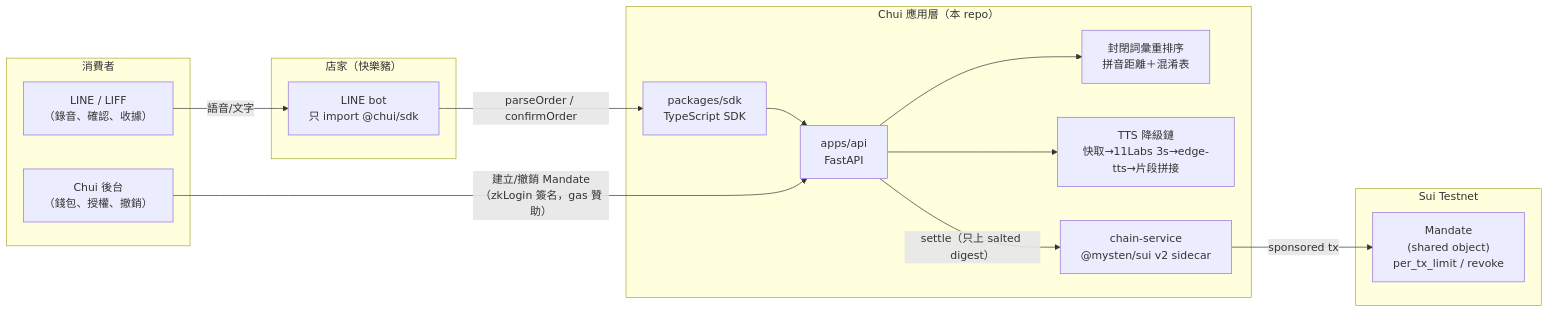
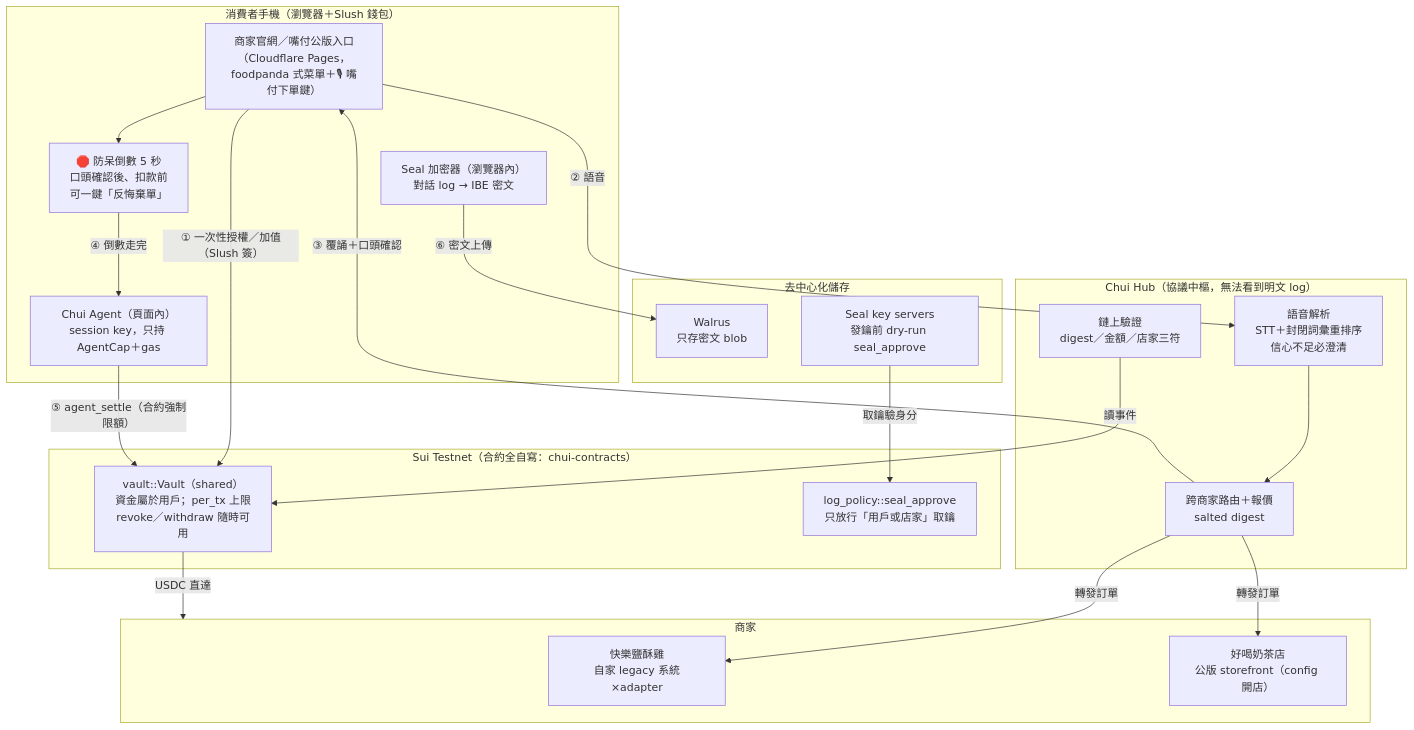
One commit to chuiprotocol/chui-app changed the diagram in README.md. Above: the diagram before and after it, drawn with Mermaid. The commit also changed other lines of this file and 29 other files, not shown here.

First line of the commit message:
防呆倒數棄單＋foodpanda 式 RWD 改版＋對話紀錄 Seal/Walrus 端對端加密

````diff
--- a/README.md
+++ b/README.md
@@ -60,26 +60,39 @@
 ```mermaid
-flowchart LR
-    subgraph consumer["消費者"]
-        LINE["LINE / LIFF<br/>（錄音、確認、收據）"]
-        CONSOLE["Chui 後台<br/>（錢包、授權、撤銷）"]
+flowchart TB
+    subgraph phone["消費者手機（瀏覽器＋Slush 錢包）"]
+        UI["商家官網／嘴付公版入口<br/>（Cloudflare Pages，foodpanda 式菜單＋🎙 嘴付下單鍵）"]
+        AGENT["Chui Agent（頁面內）<br/>session key，只持 AgentCap＋gas"]
+        REGRET["🛑 防呆倒數 5 秒<br/>口頭確認後、扣款前<br/>可一鍵「反悔棄單」"]
+        SEAL["Seal 加密器（瀏覽器內）<br/>對話 log → IBE 密文"]
     end
-    subgraph merchant["店家（快樂豬）"]
-        BOT["LINE bot<br/>只 import @chui/sdk"]
+    subgraph hub["Chui Hub（協議中樞，無法看到明文 log）"]
+        PARSE["語音解析<br/>STT＋封閉詞彙重排序<br/>信心不足必澄清"]
+        ROUTE["跨商家路由＋報價<br/>salted digest"]
+        VERIFY["鏈上驗證<br/>digest／金額／店家三符"]
     end
-    subgraph chui["Chui 應用層（本 repo）"]
-        SDK["packages/sdk<br/>TypeScript SDK"]
-        API["apps/api<br/>FastAPI"]
-        RERANK["封閉詞彙重排序<br/>拼音距離＋混淆表"]
-        TTS["TTS 降級鏈<br/>快取→11Labs 3s→edge-tts→片段拼接"]
-        CS["chain-service<br/>@mysten/sui v2 sidecar"]
+    subgraph merchants["商家"]
+        MA["快樂鹽酥雞<br/>自家 legacy 系統×adapter"]
+        MB["好喝奶茶店<br/>公版 storefront（config 開店）"]
     end
-    subgraph sui["Sui Testnet"]
-        MANDATE["Mandate<br/>(shared object)<br/>per_tx_limit / revoke"]
+    subgraph sui["Sui Testnet（合約全自寫：chui-contracts）"]
+        VAULT["vault::Vault（shared）<br/>資金屬於用戶；per_tx 上限<br/>revoke／withdraw 隨時可用"]
+        POLICY["log_policy::seal_approve<br/>只放行「用戶或店家」取鑰"]
     end
-    LINE -->|語音/文字| BOT
-    BOT -->|parseOrder / confirmOrder| SDK --> API
-    API --> RERANK
-    API --> TTS
-    API -->|settle（只上 salted digest）| CS -->|sponsored tx| MANDATE
-    CONSOLE -->|建立/撤銷 Mandate（zkLogin 簽名，gas 贊助）| API
+    subgraph storage["去中心化儲存"]
+        WALRUS["Walrus<br/>只存密文 blob"]
+        KS["Seal key servers<br/>發鑰前 dry-run seal_approve"]
+    end
+
+    UI -->|"① 一次性授權／加值（Slush 簽）"| VAULT
+    UI -->|"② 語音"| PARSE --> ROUTE
+    ROUTE -->|"③ 覆誦＋口頭確認"| UI
+    UI --> REGRET
+    REGRET -->|"④ 倒數走完"| AGENT
+    AGENT -->|"⑤ agent_settle（合約強制限額）"| VAULT
+    VAULT -->|"USDC 直達"| merchants
+    ROUTE -->|轉發訂單| MA
+    ROUTE -->|轉發訂單| MB
+    VERIFY -->|讀事件| VAULT
+    SEAL -->|"⑥ 密文上傳"| WALRUS
+    KS -->|取鑰驗身分| POLICY
 ```
````
